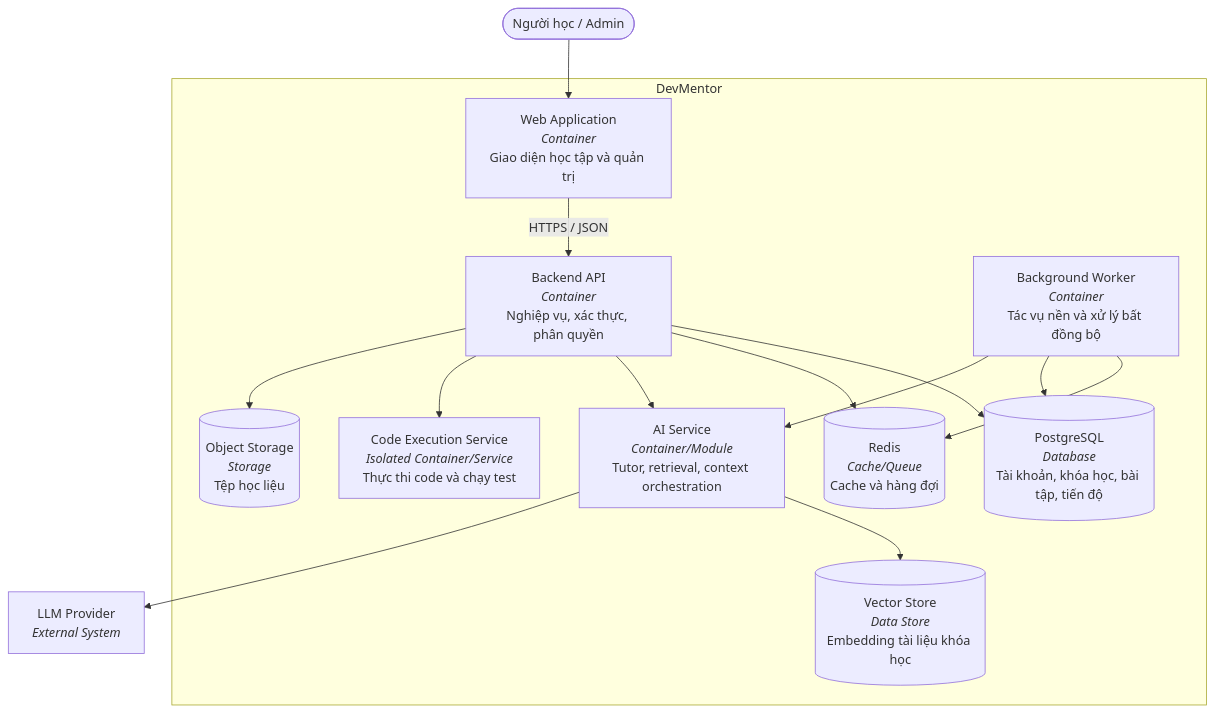
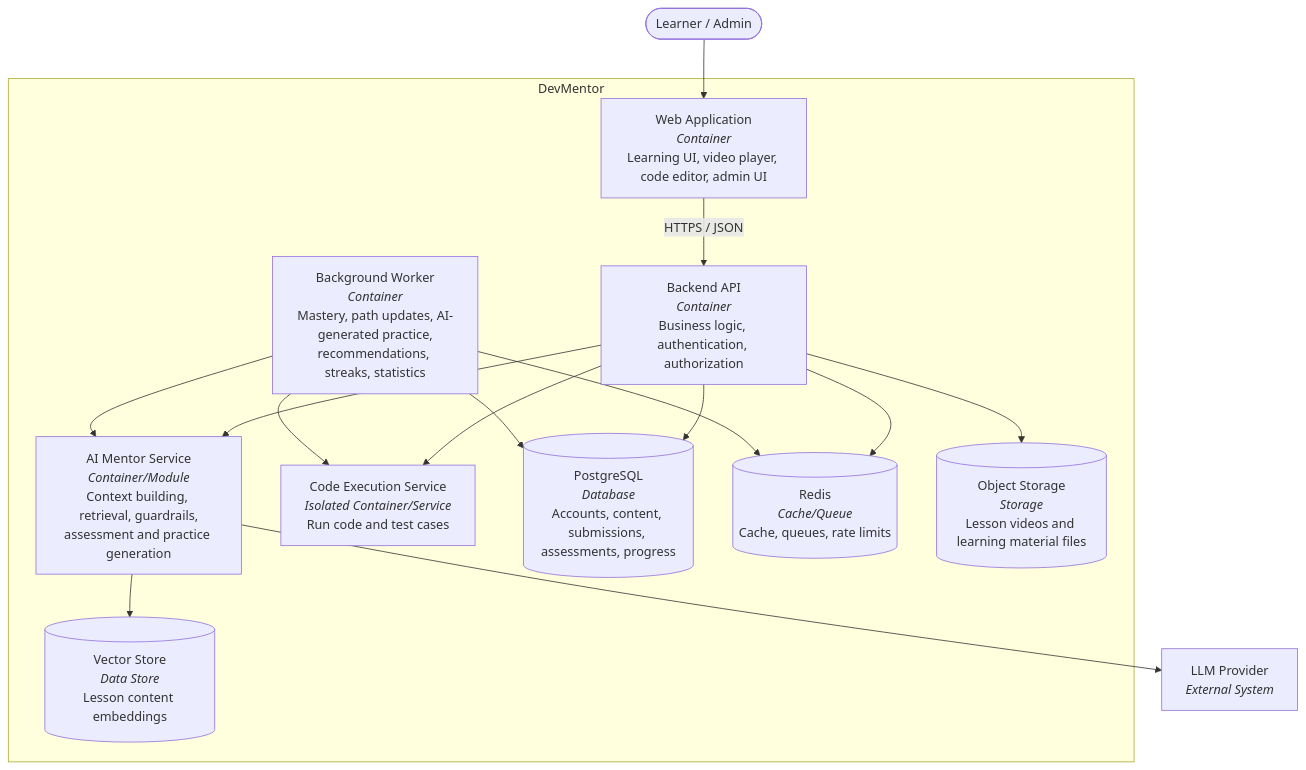
The fifth of 7 diagrams in README.md (tiu42/DevMentor), drawn with Mermaid before and after one commit. The commit also changed other lines of this file and 18 other files, not shown here.

````diff
--- a/README.md
+++ b/README.md
@@ -340,31 +462,32 @@
 ``` mermaid
 flowchart TB
-    learner(["Người học / Admin"])
+    learner(["Learner / Admin"])
 
     subgraph boundary["DevMentor"]
-        web["Web Application<br/><i>Container</i><br/>Giao diện học tập và quản trị"]
-        api["Backend API<br/><i>Container</i><br/>Nghiệp vụ, xác thực, phân quyền"]
-        ai["AI Service<br/><i>Container/Module</i><br/>Tutor, retrieval, context orchestration"]
-        worker["Background Worker<br/><i>Container</i><br/>Tác vụ nền và xử lý bất đồng bộ"]
-        runner["Code Execution Service<br/><i>Isolated Container/Service</i><br/>Thực thi code và chạy test"]
-        db[("PostgreSQL<br/><i>Database</i><br/>Tài khoản, khóa học, bài tập, tiến độ")]
-        redis[("Redis<br/><i>Cache/Queue</i><br/>Cache và hàng đợi")]
-        vector[("Vector Store<br/><i>Data Store</i><br/>Embedding tài liệu khóa học")]
-        object[("Object Storage<br/><i>Storage</i><br/>Tệp học liệu")]
+        web["Web Application<br/><i>Container</i><br/>Learning UI, video player, code editor, admin UI"]
+        api["Backend API<br/><i>Container</i><br/>Business logic, authentication, authorization"]
+        ai["AI Mentor Service<br/><i>Container/Module</i><br/>Context building, retrieval, guardrails,<br/>assessment and practice generation"]
+        worker["Background Worker<br/><i>Container</i><br/>Mastery, path updates, AI-generated practice,<br/>recommendations, streaks, statistics"]
+        runner["Code Execution Service<br/><i>Isolated Container/Service</i><br/>Run code and test cases"]
+        db[("PostgreSQL<br/><i>Database</i><br/>Accounts, content, submissions, assessments, progress")]
+        redis[("Redis<br/><i>Cache/Queue</i><br/>Cache, queues, rate limits")]
+        vector[("Vector Store<br/><i>Data Store</i><br/>Lesson content embeddings")]
+        object[("Object Storage<br/><i>Storage</i><br/>Lesson videos and learning material files")]
     end
 
     llm["LLM Provider<br/><i>External System</i>"]
 
     learner --> web
     web -->|"HTTPS / JSON"| api
     api --> db
     api --> redis
     api --> ai
     api --> runner
     api --> object
     ai --> vector
     ai --> llm
     worker --> redis
     worker --> db
     worker --> ai
+    worker --> runner
 ```
````
